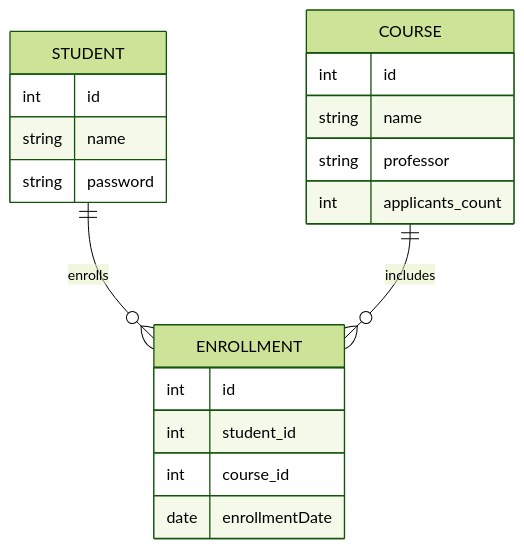
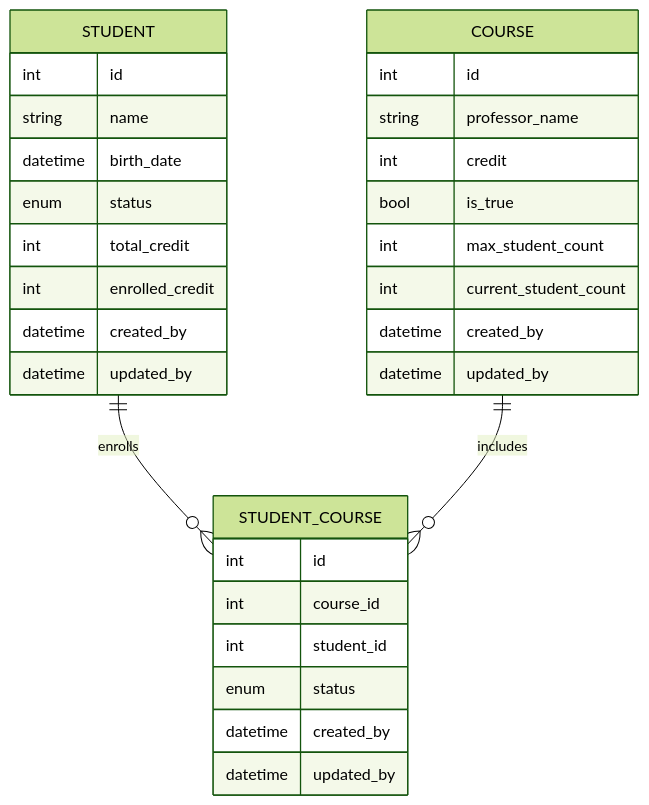
Before and after one commit to 42organization/42gg-onboarding-fe-04: the fourth of 4 diagrams in jeongwpa/3일차.md, drawn with Mermaid (forest theme). The commit also changed other lines of this file and 1 other file, not shown here.

````diff
--- a/jeongwpa/3일차.md
+++ b/jeongwpa/3일차.md
@@ -364,25 +364,36 @@
 ```mermaid
 erDiagram
-    STUDENT ||--o{ ENROLLMENT : enrolls
-    COURSE ||--o{ ENROLLMENT : includes
+    STUDENT ||--o{ STUDENT_COURSE : enrolls
+    COURSE ||--o{ STUDENT_COURSE : includes
 
     STUDENT {
         int id
         string name
-        string password
+        datetime birth_date
+        enum status
+        int total_credit
+        int enrolled_credit
+        datetime created_by
+        datetime updated_by
     }
 
     COURSE {
         int id
-        string name
-        string professor
-        int applicants_count
+        string professor_name
+        int credit
+        bool is_true
+        int max_student_count
+        int current_student_count
+        datetime created_by
+        datetime updated_by
     }
 
-    ENROLLMENT {
+    STUDENT_COURSE {
         int id
+        int course_id
         int student_id
-        int course_id
-        date enrollmentDate
+        enum status
+        datetime created_by
+        datetime updated_by
     }
 ```
````
